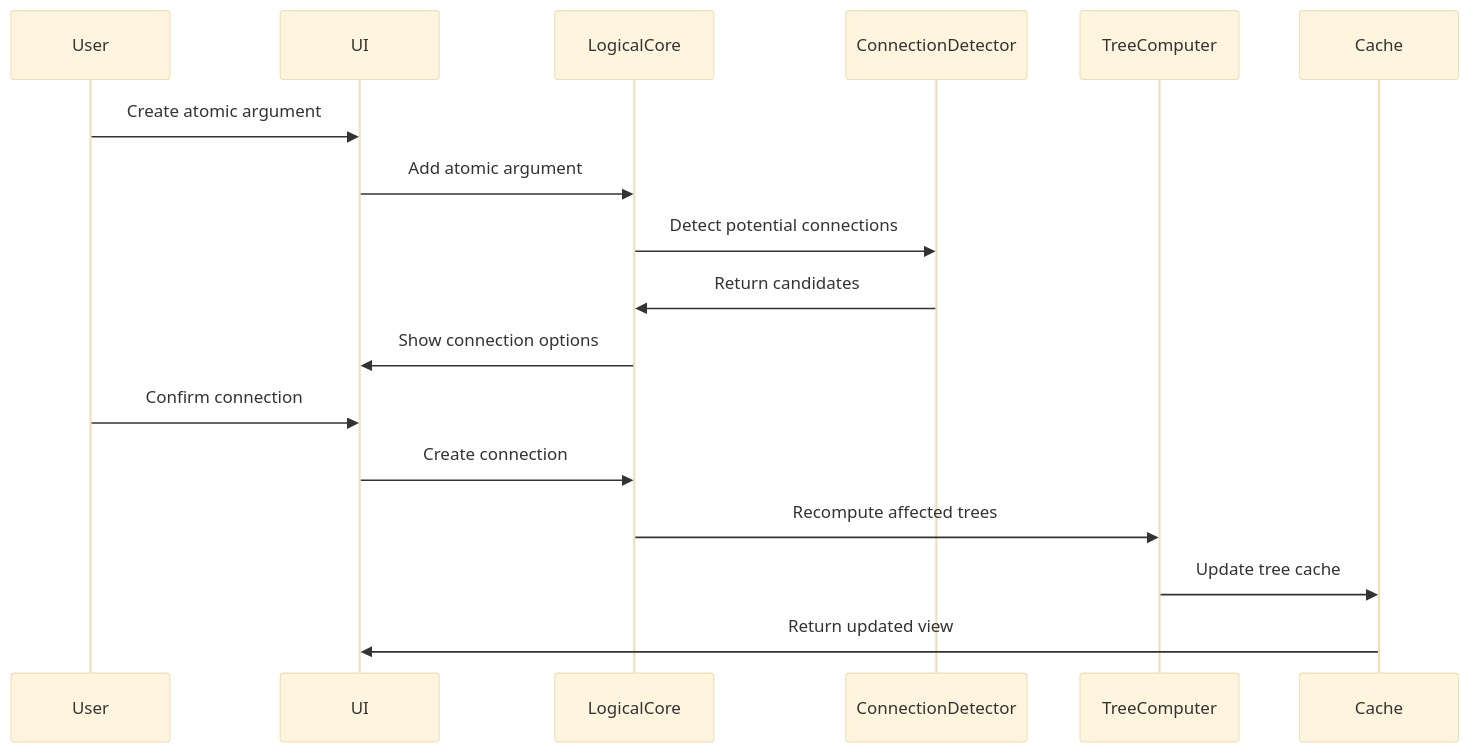
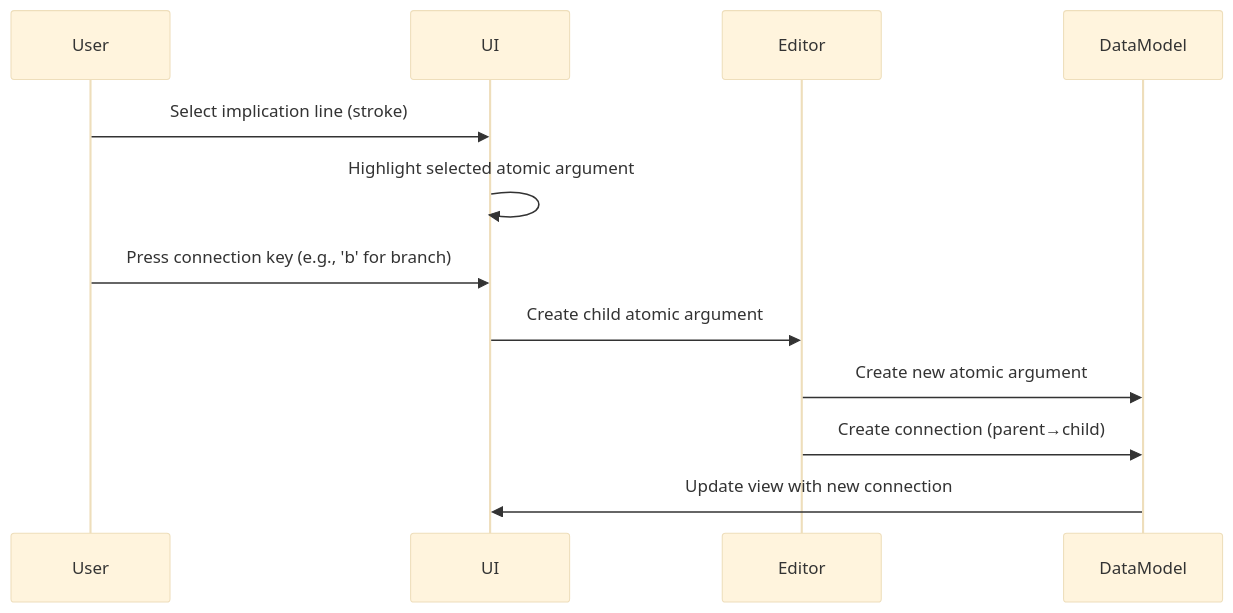
Before and after one commit to nate123456/proof-editor: the second of 2 diagrams in docs/08-technical-design/conceptual-data-model.md, drawn with Mermaid (base theme). The commit also changed other lines of this file and 12 other files, not shown here.

````diff
--- a/docs/08-technical-design/conceptual-data-model.md
+++ b/docs/08-technical-design/conceptual-data-model.md
@@ -213,20 +90,15 @@
 ```mermaid
 sequenceDiagram
     participant User
     participant UI
-    participant LogicalCore
-    participant ConnectionDetector
-    participant TreeComputer
-    participant Cache
+    participant Editor
+    participant DataModel
     
-    User->>UI: Create atomic argument
-    UI->>LogicalCore: Add atomic argument
-    LogicalCore->>ConnectionDetector: Detect potential connections
-    ConnectionDetector->>LogicalCore: Return candidates
-    LogicalCore->>UI: Show connection options
-    User->>UI: Confirm connection
-    UI->>LogicalCore: Create connection
-    LogicalCore->>TreeComputer: Recompute affected trees
-    TreeComputer->>Cache: Update tree cache
-    Cache->>UI: Return updated view
+    User->>UI: Select implication line (stroke)
+    UI->>UI: Highlight selected atomic argument
+    User->>UI: Press connection key (e.g., 'b' for branch)
+    UI->>Editor: Create child atomic argument
+    Editor->>DataModel: Create new atomic argument
+    Editor->>DataModel: Create connection (parent→child)
+    DataModel->>UI: Update view with new connection
 ```
````
